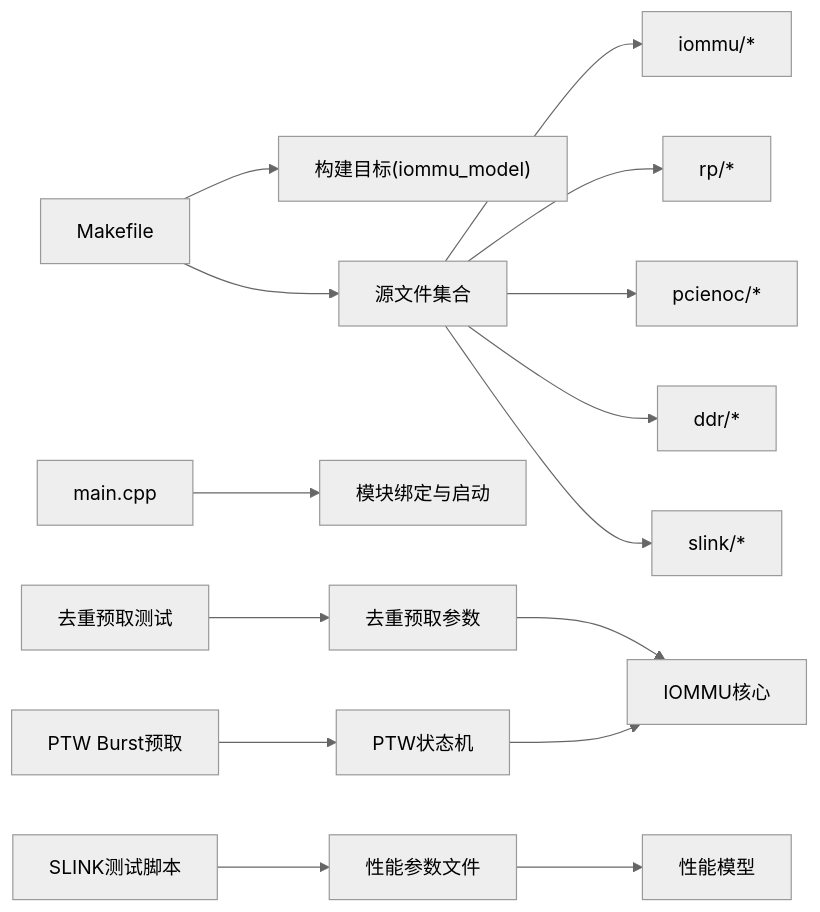
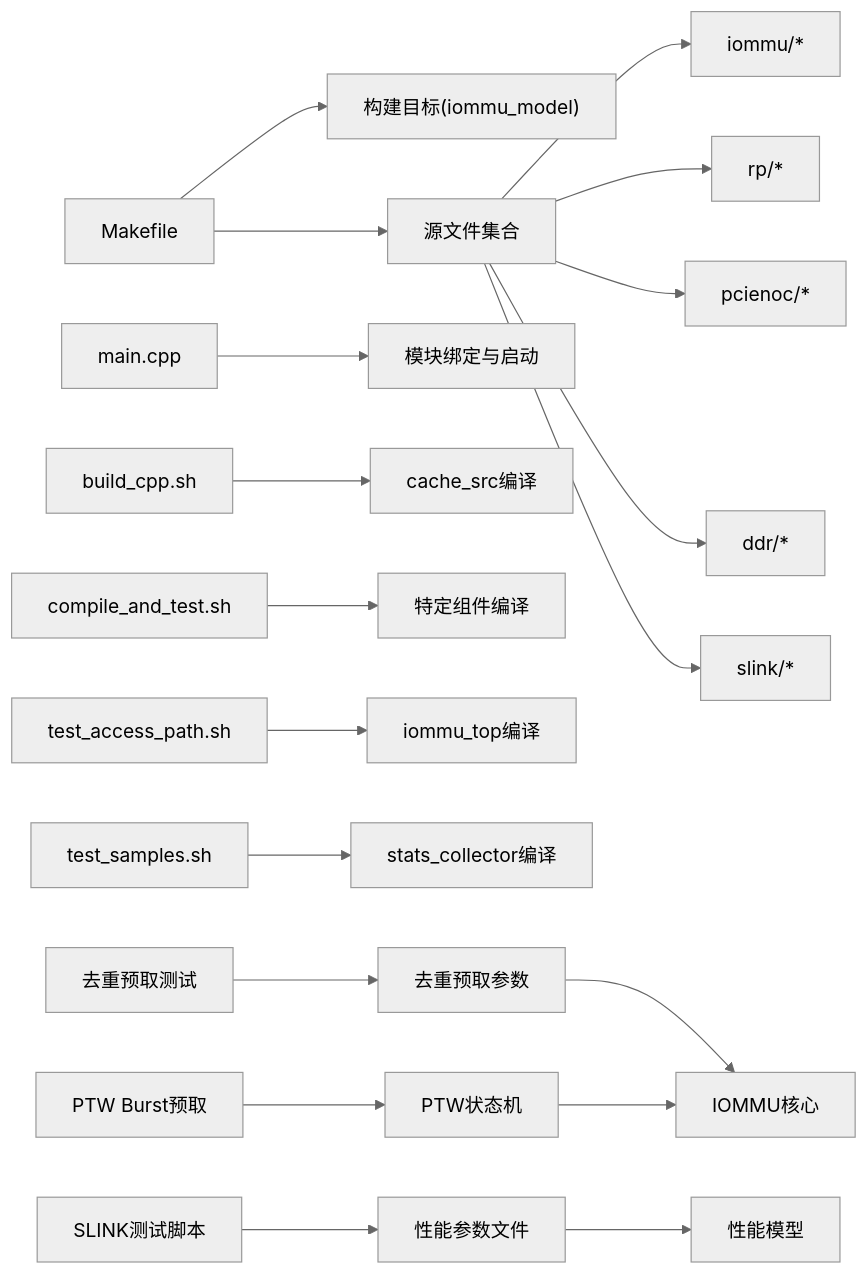
Before and after one commit to jiangjiang1122/iommu_model_20260401_v1: the tenth of 11 diagrams in .qoder/repowiki/zh/content/测试框架/测试框架.md, drawn with Mermaid (neutral theme). The commit also changed other lines of this file and 25 other files, not shown here.

````diff
--- a/.qoder/repowiki/zh/content/测试框架/测试框架.md
+++ b/.qoder/repowiki/zh/content/测试框架/测试框架.md
@@ -432,17 +514,21 @@
 ```mermaid
 graph LR
 MK["Makefile"] --> OBJ["构建目标(iommu_model)"]
 MK --> SRC["源文件集合"]
 SRC --> IOMMU["iommu/*"]
 SRC --> RP["rp/*"]
 SRC --> PCIE["pcienoc/*"]
 SRC --> DDR["ddr/*"]
 SRC --> SLINK["slink/*"]
 MAIN["main.cpp"] --> BIND["模块绑定与启动"]
+BC["build_cpp.sh"] --> CS["cache_src编译"]
+CAT["compile_and_test.sh"] --> SPEC["特定组件编译"]
+TAP["test_access_path.sh"] --> TOP["iommu_top编译"]
+TS["test_samples.sh"] --> STATS["stats_collector编译"]
 DEDPREF["去重预取测试"] --> DEDUP_PARAMS["去重预取参数"]
 PTWBURST["PTW Burst预取"] --> PTW_STATE["PTW状态机"]
 SLINK_TEST["SLINK测试脚本"] --> PARAMS["性能参数文件"]
 PARAMS --> IOMMU_PERF["性能模型"]
 DEDUP_PARAMS --> IOMMU_CORE["IOMMU核心"]
 PTW_STATE --> IOMMU_CORE
 ```
````
